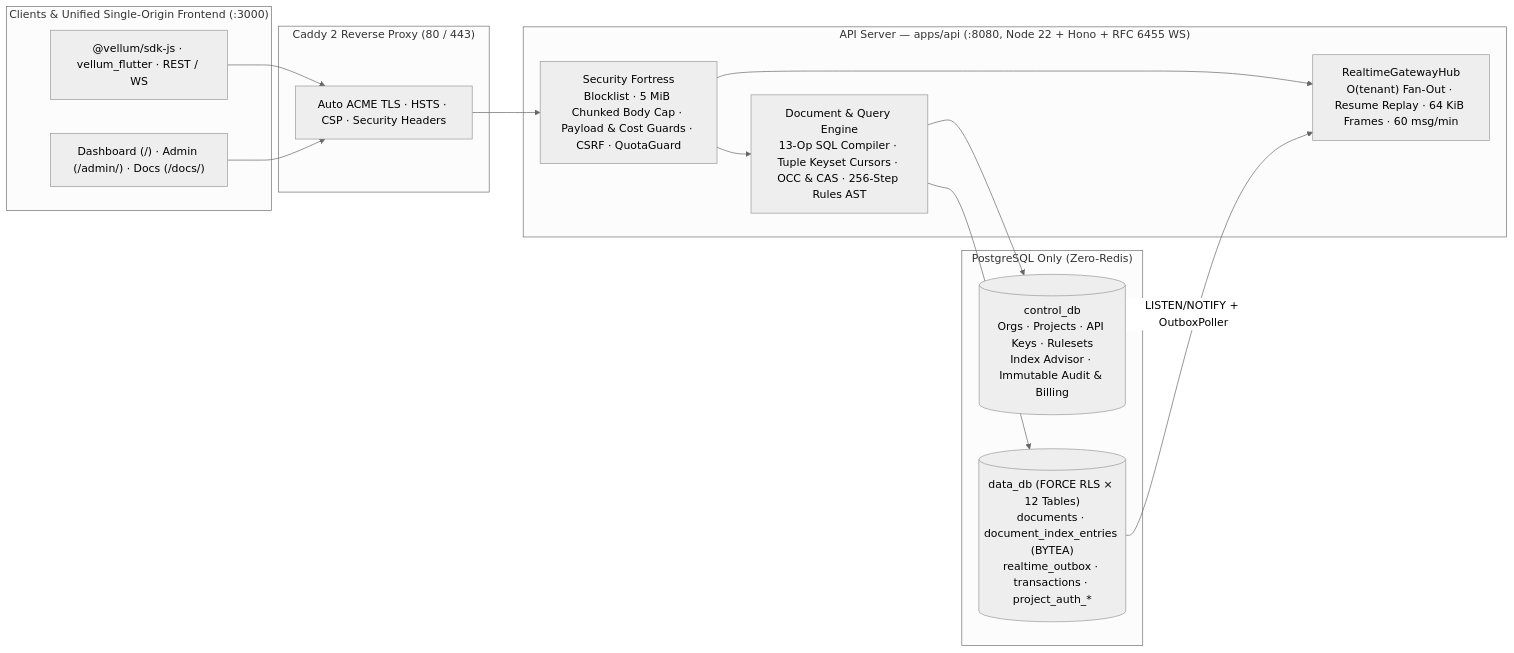
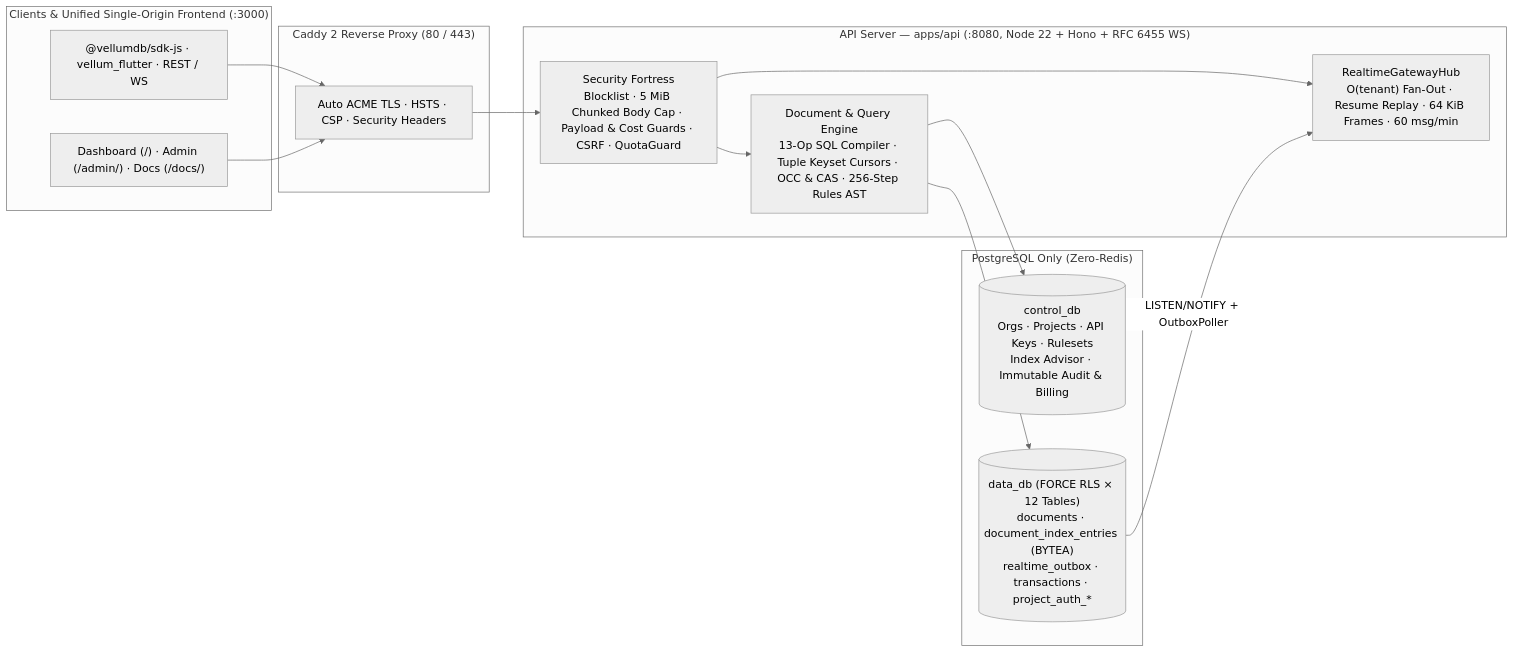
Before and after one commit to MohammedAydan/vellum: the diagram in README.md, drawn with Mermaid (neutral theme). The commit also changed other lines of this file and 159 other files, not shown here.

Commit message:
refactor(sdk-js): rename npm package to @vellumdb/sdk-js

````diff
--- a/README.md
+++ b/README.md
@@ -33,30 +33,30 @@
 ```mermaid
 flowchart LR
     subgraph Clients["Clients & Unified Single-Origin Frontend (:3000)"]
-        SDK["@vellum/sdk-js · vellum_flutter · REST / WS"]
+        SDK["@vellumdb/sdk-js · vellum_flutter · REST / WS"]
         UI["Dashboard (/) · Admin (/admin/) · Docs (/docs/)"]
     end
 
     subgraph Edge["Caddy 2 Reverse Proxy (80 / 443)"]
         TLS["Auto ACME TLS · HSTS · CSP · Security Headers"]
     end
 
     subgraph API["API Server — apps/api (:8080, Node 22 + Hono + RFC 6455 WS)"]
         Guard["Security Fortress<br/>Blocklist · 5 MiB Chunked Body Cap · Payload & Cost Guards · CSRF · QuotaGuard"]
         Core["Document & Query Engine<br/>13-Op SQL Compiler · Tuple Keyset Cursors · OCC & CAS · 256-Step Rules AST"]
         Hub["RealtimeGatewayHub<br/>O(tenant) Fan-Out · Resume Replay · 64 KiB Frames · 60 msg/min"]
     end
 
     subgraph PG["PostgreSQL Only (Zero-Redis)"]
         CP[("control_db<br/>Orgs · Projects · API Keys · Rulesets<br/>Index Advisor · Immutable Audit & Billing")]
         DP[("data_db (FORCE RLS × 12 Tables)<br/>documents · document_index_entries (BYTEA)<br/>realtime_outbox · transactions · project_auth_*")]
     end
 
     SDK --> TLS
     UI --> TLS
     TLS --> Guard --> Core
     Guard --> Hub
     Core --> CP
     Core --> DP
     DP -- "LISTEN/NOTIFY + OutboxPoller" --> Hub
 ```
````
